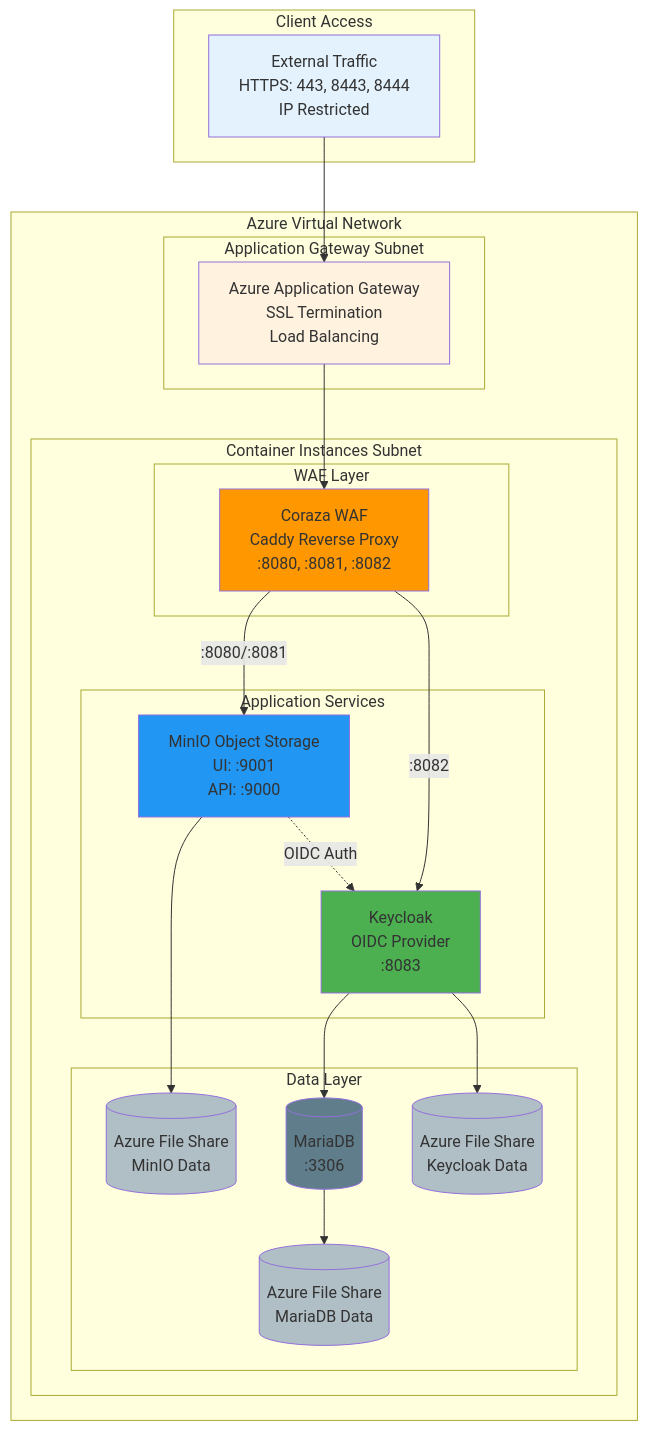
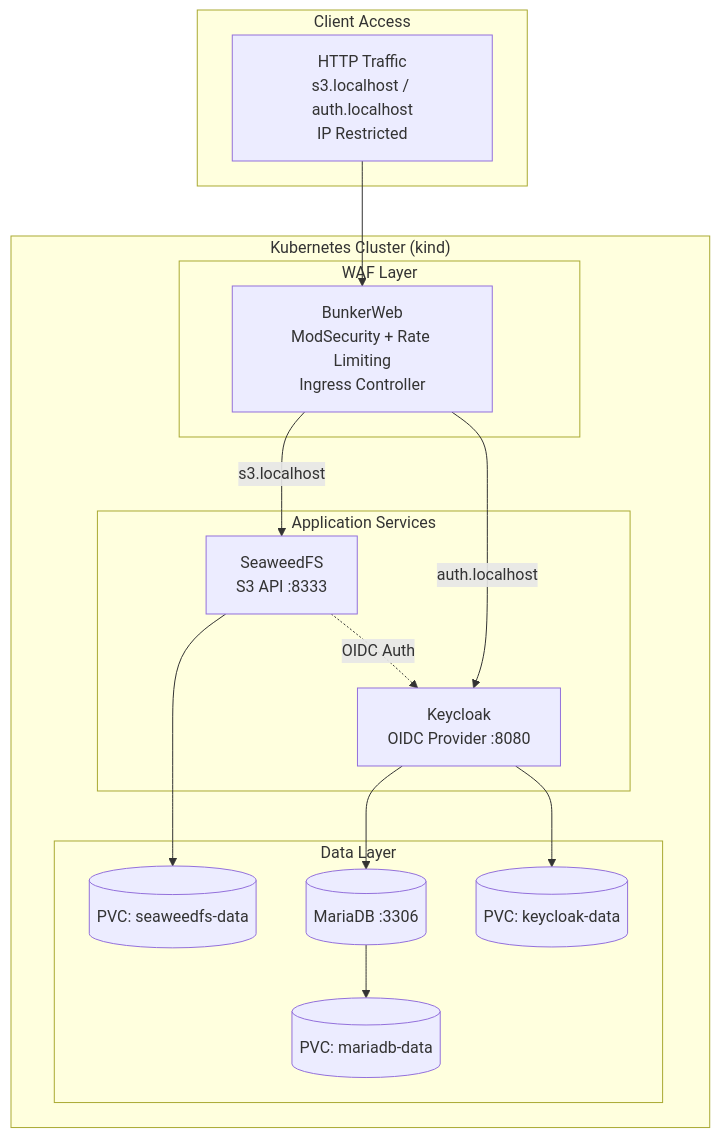
The diagram in README.md (meshcloud/minio_azure_container_app), drawn with Mermaid before and after one commit. The commit also changed other lines of this file and 36 other files, not shown here.

````diff
--- a/README.md
+++ b/README.md
@@ -53,50 +53,33 @@
 ```mermaid
 graph TD
     subgraph "Client Access"
-        Client[External Traffic<br/>HTTPS: 443, 8443, 8444<br/>IP Restricted]
+        Client[HTTP Traffic<br/>s3.localhost / auth.localhost<br/>IP Restricted]
     end
 
-    subgraph "Azure Virtual Network"
-        subgraph "Application Gateway Subnet"
-            AppGW[Azure Application Gateway<br/>SSL Termination<br/>Load Balancing]
+    subgraph "Kubernetes Cluster (kind)"
+        subgraph "WAF Layer"
+            BW[BunkerWeb<br/>ModSecurity + Rate Limiting<br/>Ingress Controller]
         end
 
-        subgraph "Container Instances Subnet"
-            subgraph "WAF Layer"
-                WAF[Coraza WAF<br/>Caddy Reverse Proxy<br/>:8080, :8081, :8082]
-            end
+        subgraph "Application Services"
+            SeaweedFS[SeaweedFS<br/>S3 API :8333]
+            Keycloak[Keycloak<br/>OIDC Provider :8080]
+        end
 
-            subgraph "Application Services"
-                MinIO[MinIO Object Storage<br/>UI: :9001<br/>API: :9000]
-                Keycloak[Keycloak<br/>OIDC Provider<br/>:8083]
-            end
-
-            subgraph "Data Layer"
-                DB[(MariaDB<br/>:3306)]
-                MinIOStorage[(Azure File Share<br/>MinIO Data)]
-                KeycloakStorage[(Azure File Share<br/>Keycloak Data)]
-                DBStorage[(Azure File Share<br/>MariaDB Data)]
-            end
+        subgraph "Data Layer"
+            MariaDB[(MariaDB :3306)]
+            SeaweedPVC[(PVC: seaweedfs-data)]
+            MariadbPVC[(PVC: mariadb-data)]
+            KeycloakPVC[(PVC: keycloak-data)]
         end
     end
 
-    Client --> AppGW
-    AppGW --> WAF
-    WAF -->|:8080/:8081| MinIO
-    WAF -->|:8082| Keycloak
-    MinIO --> MinIOStorage
-    MinIO -.OIDC Auth.-> Keycloak
-    Keycloak --> DB
-    Keycloak --> KeycloakStorage
-    DB --> DBStorage
-
-    style Client fill:#e3f2fd
-    style AppGW fill:#fff3e0
-    style WAF fill:#ff9800
-    style MinIO fill:#2196f3
-    style Keycloak fill:#4caf50
-    style DB fill:#607d8b
-    style MinIOStorage fill:#b0bec5
-    style KeycloakStorage fill:#b0bec5
-    style DBStorage fill:#b0bec5
+    Client --> BW
+    BW -->|s3.localhost| SeaweedFS
+    BW -->|auth.localhost| Keycloak
+    SeaweedFS --> SeaweedPVC
+    SeaweedFS -.OIDC Auth.-> Keycloak
+    Keycloak --> MariaDB
+    Keycloak --> KeycloakPVC
+    MariaDB --> MariadbPVC
 ```
````
